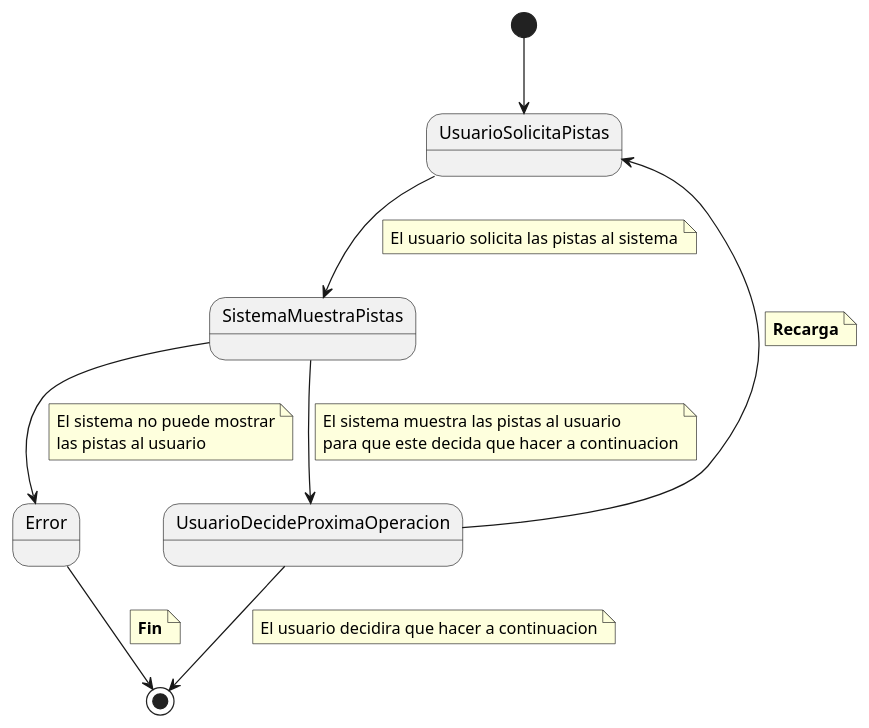
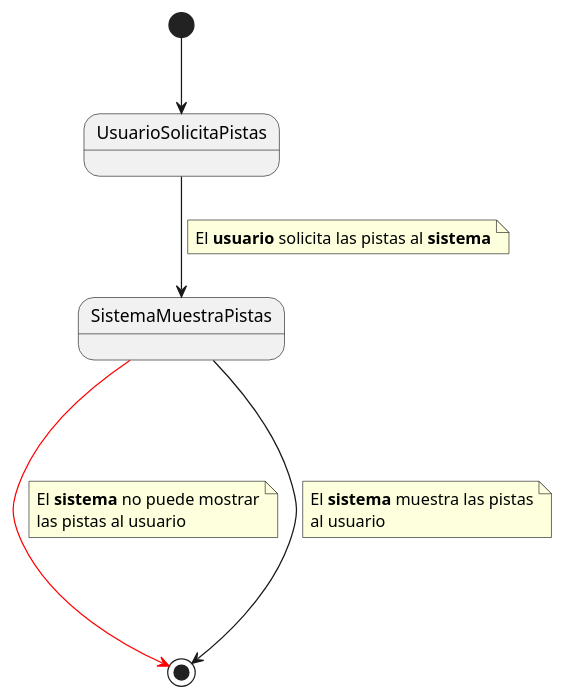
Before and after one commit to pablarce/23-24-IdSw1-SDR: the diagram in CasosDeUso/CduDetallados/CduPistas/LeerPista.puml, drawn with PlantUML. The commit also changed 1 other file, not shown here.

```diff
--- a/CasosDeUso/CduDetallados/CduPistas/LeerPista.puml
+++ b/CasosDeUso/CduDetallados/CduPistas/LeerPista.puml
@@ -1,30 +1,20 @@
 @startuml 
 [*] --> UsuarioSolicitaPistas
 UsuarioSolicitaPistas -d-> SistemaMuestraPistas
 note on link
-    El usuario solicita las pistas al sistema
+    El **usuario** solicita las pistas al **sistema**
 end note
-SistemaMuestraPistas -d-> UsuarioDecideProximaOperacion
+
+SistemaMuestraPistas -[#red]---> [*]
 note on link
-    El sistema muestra las pistas al usuario
-    para que este decida que hacer a continuacion
-end note
-UsuarioDecideProximaOperacion --> UsuarioSolicitaPistas
-note on link
-    **Recarga**
-end note
-SistemaMuestraPistas -d-> Error
-note on link
-    El sistema no puede mostrar
+    El **sistema** no puede mostrar
     las pistas al usuario
 end note
-Error -d-> [*]
+
+SistemaMuestraPistas --> [*]
 note on link
-    **Fin**
-end note
-UsuarioDecideProximaOperacion -d-> [*]
-note on link
-    El usuario decidira que hacer a continuacion
+    El **sistema** muestra las pistas
+    al usuario
 end note
 
 @enduml
```
